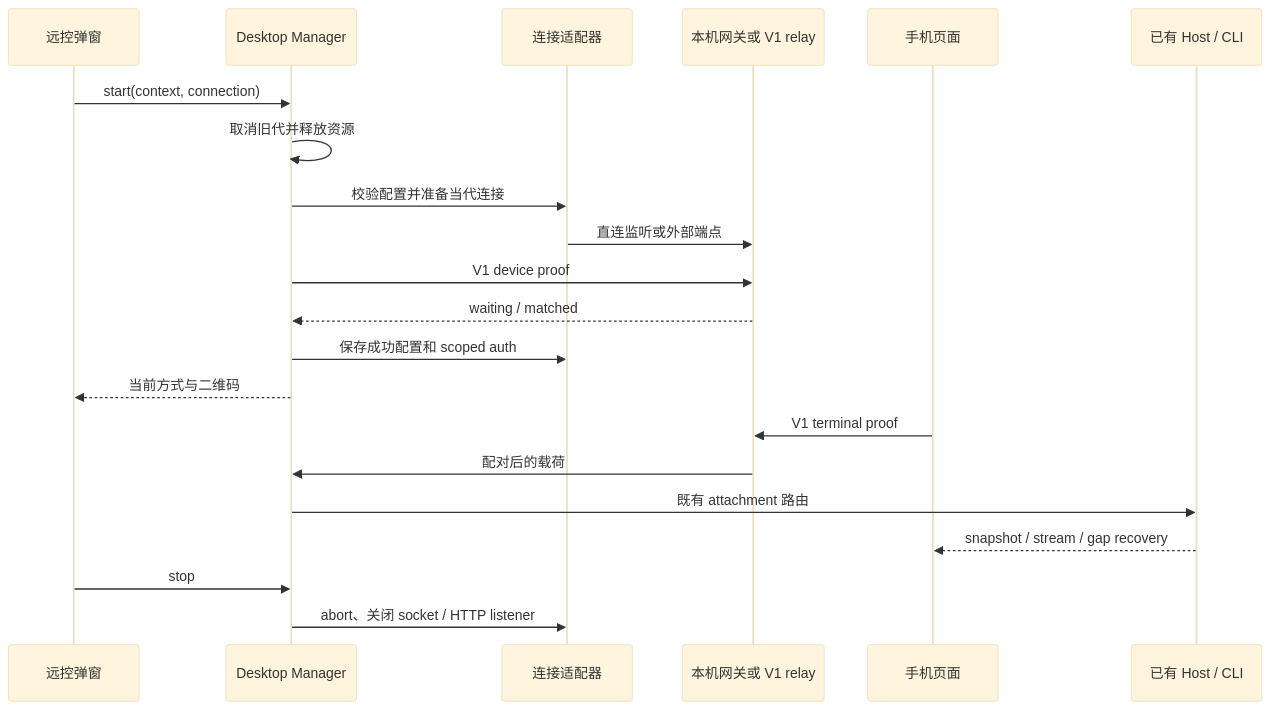
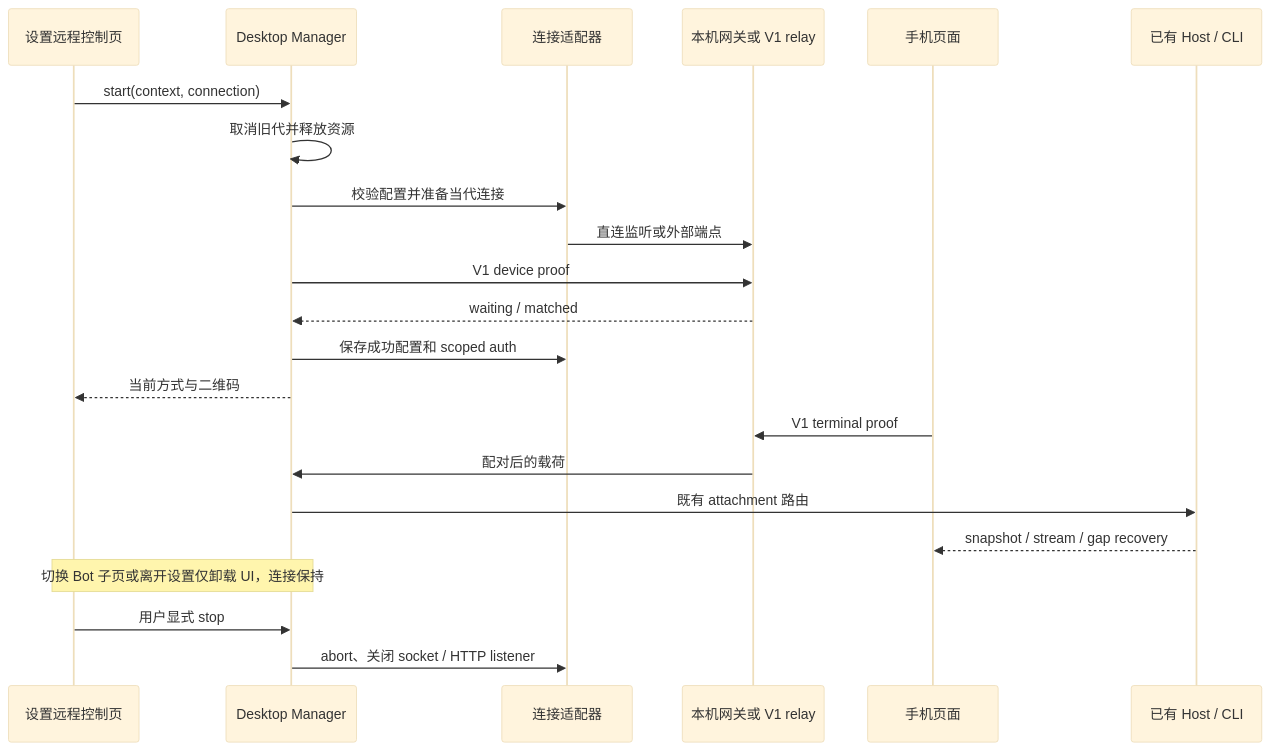
One commit to BlueSkyXN/OpenZWork changed the diagram in docs/web-remote-control/v1-connection-modes.md. Above: the diagram before and after it, drawn with Mermaid (base theme). The commit also changed other lines of this file and 31 other files, not shown here.

````diff
--- a/docs/web-remote-control/v1-connection-modes.md
+++ b/docs/web-remote-control/v1-connection-modes.md
@@ -27,23 +39,24 @@
 ```mermaid
 sequenceDiagram
-    participant U as 远控弹窗
+    participant U as 设置远程控制页
     participant M as Desktop Manager
     participant C as 连接适配器
     participant R as 本机网关或 V1 relay
     participant P as 手机页面
     participant H as 已有 Host / CLI
     U->>M: start(context, connection)
     M->>M: 取消旧代并释放资源
     M->>C: 校验配置并准备当代连接
     C->>R: 直连监听或外部端点
     M->>R: V1 device proof
     R-->>M: waiting / matched
     M->>C: 保存成功配置和 scoped auth
     M-->>U: 当前方式与二维码
     P->>R: V1 terminal proof
     R->>M: 配对后的载荷
     M->>H: 既有 attachment 路由
     H-->>P: snapshot / stream / gap recovery
-    U->>M: stop
+    Note over U,M: 切换 Bot 子页或离开设置仅卸载 UI，连接保持
+    U->>M: 用户显式 stop
     M->>C: abort、关闭 socket / HTTP listener
 ```
````
